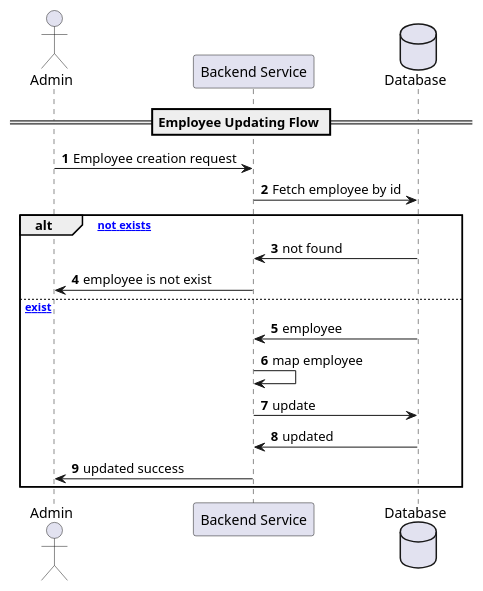
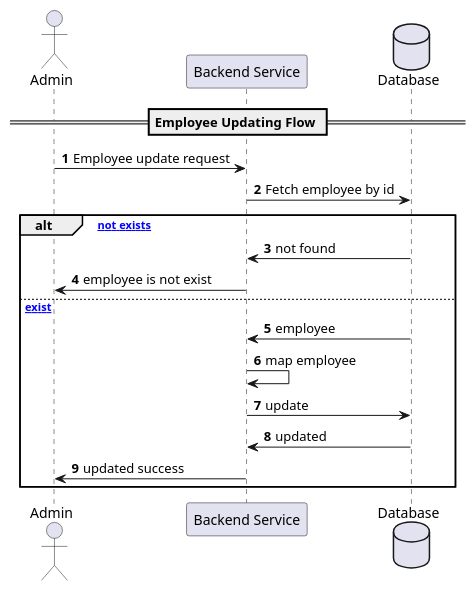
The diagram in design/flow/employee/EmployeeUpdating.puml (viettq1997/pharmacy-system), drawn with PlantUML before and after one commit. The commit also changed 10 other files, not shown here.

```diff
--- a/design/flow/employee/EmployeeUpdating.puml
+++ b/design/flow/employee/EmployeeUpdating.puml
@@ -1,21 +1,21 @@
 @startuml
 autonumber
 
 actor Admin as "Admin"
 participant Backend as "Backend Service"
 database DB as "Database"
 
 == Employee Updating Flow ==
-Admin -> Backend: Employee creation request
+Admin -> Backend: Employee update request
 Backend -> DB: Fetch employee by id
 alt [employee not exists]
     DB -> Backend: not found
     Backend -> Admin: employee is not exist
 else [employee exist]
     DB -> Backend: employee
     Backend -> Backend: map employee
     Backend -> DB: update
     DB -> Backend: updated
     Backend -> Admin: updated success
 end
 @enduml
```
